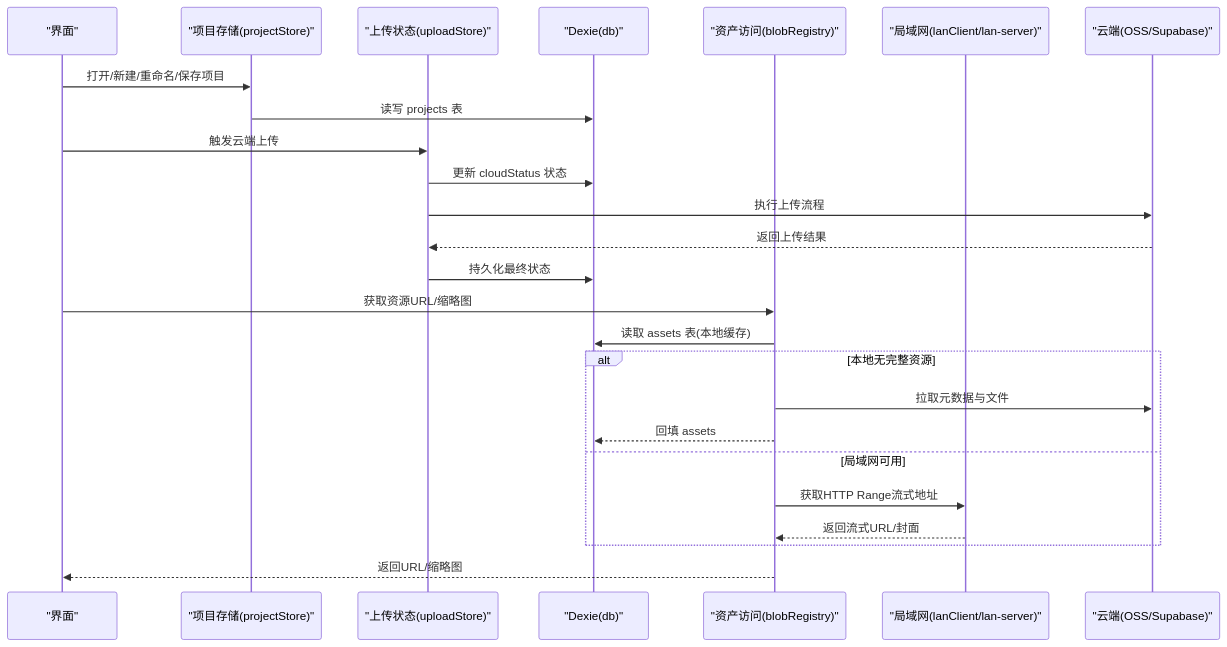
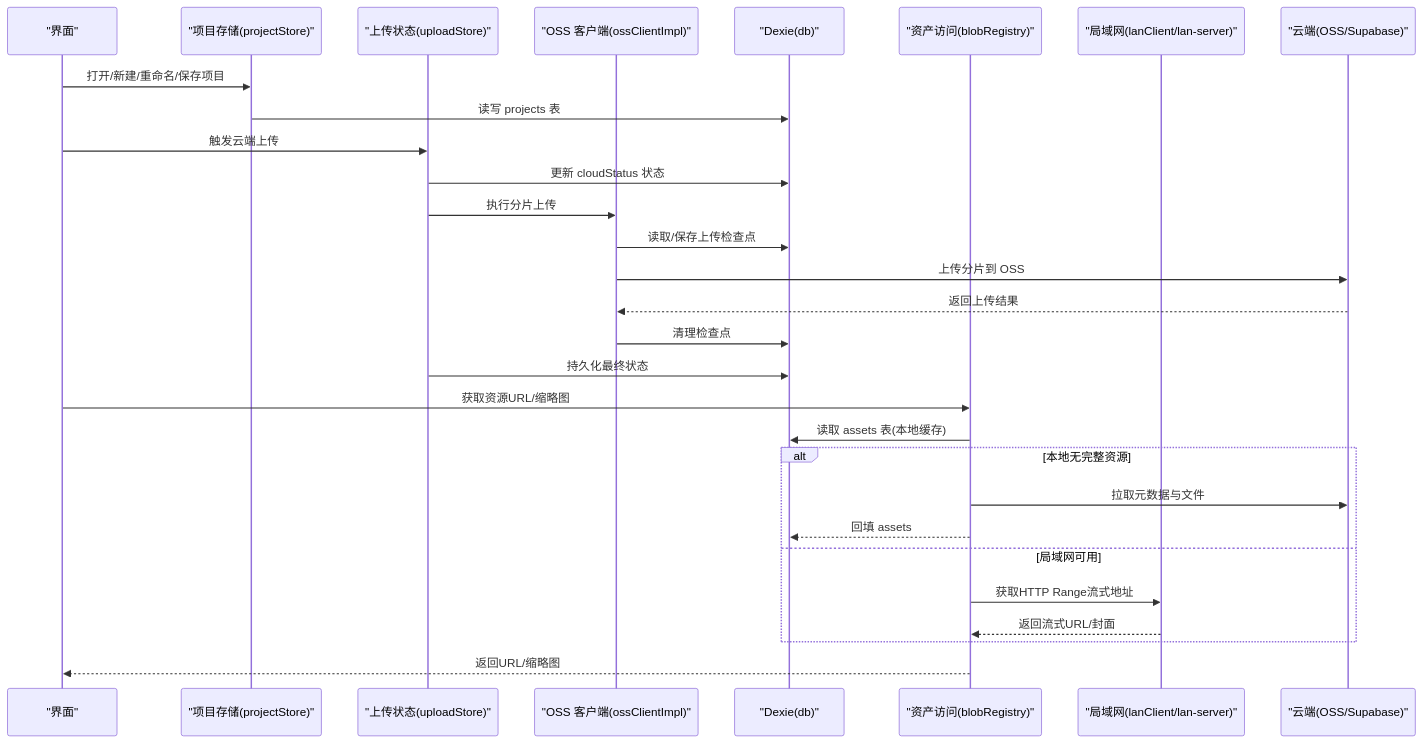
One commit to suqi-bot/SuQCanvas changed the second of 11 diagrams in .qoder/repowiki/zh/content/数据持久化/IndexedDB 存储.md. Above: the diagram before and after it, drawn with Mermaid. The commit also changed other lines of this file and 10 other files, not shown here.

````diff
--- a/.qoder/repowiki/zh/content/数据持久化/IndexedDB 存储.md
+++ b/.qoder/repowiki/zh/content/数据持久化/IndexedDB 存储.md
@@ -103,27 +111,31 @@
 ```mermaid
 sequenceDiagram
 participant UI as "界面"
 participant PS as "项目存储(projectStore)"
 participant US as "上传状态(uploadStore)"
+participant OC as "OSS 客户端(ossClientImpl)"
 participant DB as "Dexie(db)"
 participant BR as "资产访问(blobRegistry)"
 participant LAN as "局域网(lanClient/lan-server)"
 participant CLOUD as "云端(OSS/Supabase)"
 UI->>PS : 打开/新建/重命名/保存项目
 PS->>DB : 读写 projects 表
 UI->>US : 触发云端上传
 US->>DB : 更新 cloudStatus 状态
-US->>CLOUD : 执行上传流程
-CLOUD-->>US : 返回上传结果
+US->>OC : 执行分片上传
+OC->>DB : 读取/保存上传检查点
+OC->>CLOUD : 上传分片到 OSS
+CLOUD-->>OC : 返回上传结果
+OC->>DB : 清理检查点
 US->>DB : 持久化最终状态
 UI->>BR : 获取资源URL/缩略图
 BR->>DB : 读取 assets 表(本地缓存)
 alt 本地无完整资源
 BR->>CLOUD : 拉取元数据与文件
 BR-->>DB : 回填 assets
 else 局域网可用
 BR->>LAN : 获取HTTP Range流式地址
 LAN-->>BR : 返回流式URL/封面
 end
 BR-->>UI : 返回URL/缩略图
 ```
````
